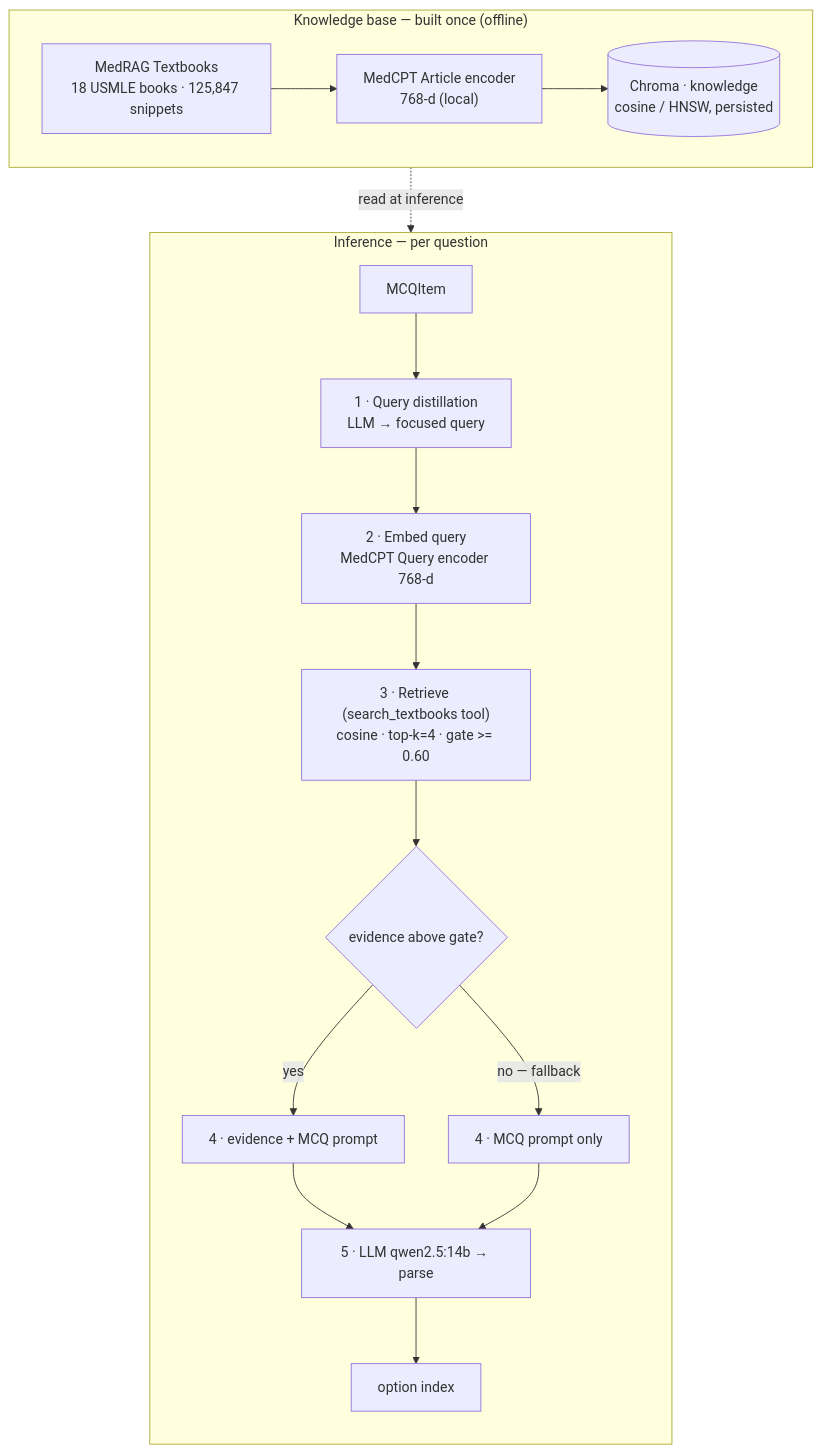
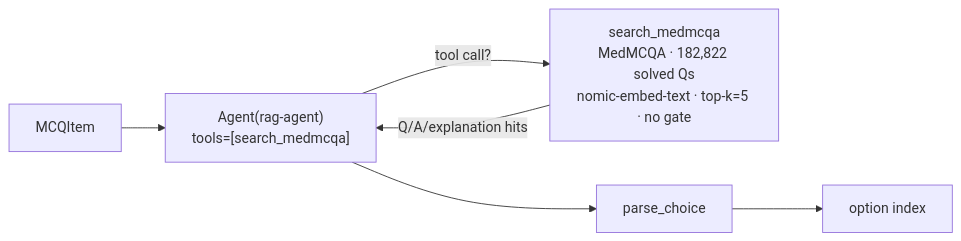
Before and after one commit to tigonguyen/langgraph-agent-hospital: the third of 5 diagrams in docs/ARCHITECTURE.md, drawn with Mermaid. The commit also changed other lines of this file and 6 other files, not shown here.

First line of the commit message:
docs: sync architecture docs with the agentic V1-V4 design

````diff
--- a/docs/ARCHITECTURE.md
+++ b/docs/ARCHITECTURE.md
@@ -107,21 +115,8 @@
 ```mermaid
-flowchart TB
-    subgraph KB["Knowledge base — built once (offline)"]
-      direction LR
-      corpus["MedRAG Textbooks<br/>18 USMLE books · 125,847 snippets"] --> e1["MedCPT Article encoder<br/>768-d (local)"]
-      e1 --> store[("Chroma · knowledge<br/>cosine / HNSW, persisted")]
-    end
-    subgraph INF["Inference — per question"]
-      direction TB
-      q["MCQItem"] --> d["1 · Query distillation<br/>LLM → focused query"]
-      d --> e2["2 · Embed query<br/>MedCPT Query encoder 768-d"]
-      e2 --> r["3 · Retrieve (search_textbooks tool)<br/>cosine · top-k=4 · gate >= 0.60"]
-      r --> g{"evidence above gate?"}
-      g -->|yes| p1["4 · evidence + MCQ prompt"]
-      g -->|"no — fallback"| p2["4 · MCQ prompt only"]
-      p1 --> l2["5 · LLM qwen2.5:14b → parse"]
-      p2 --> l2
-      l2 --> idx["option index"]
-    end
-    store -. read at inference .-> r
+flowchart LR
+    item["MCQItem"] --> agent["Agent(rag-agent)<br/>tools=[search_medmcqa]"]
+    agent -->|"tool call?"| tool["search_medmcqa<br/>MedMCQA · 182,822 solved Qs<br/>nomic-embed-text · top-k=5 · no gate"]
+    tool -->|"Q/A/explanation hits"| agent
+    agent --> parse["parse_choice"]
+    parse --> idx["option index"]
 ```
````
